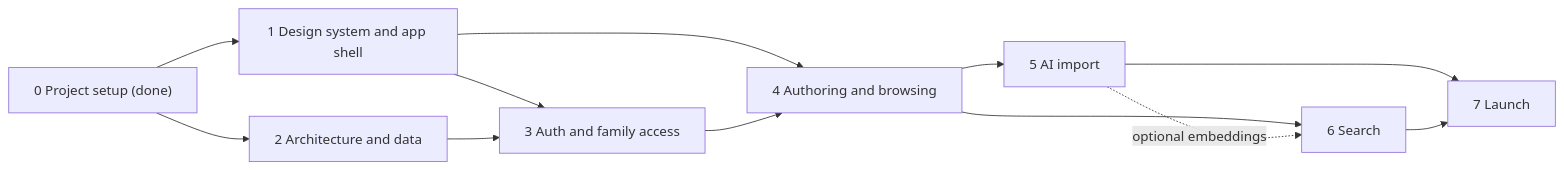
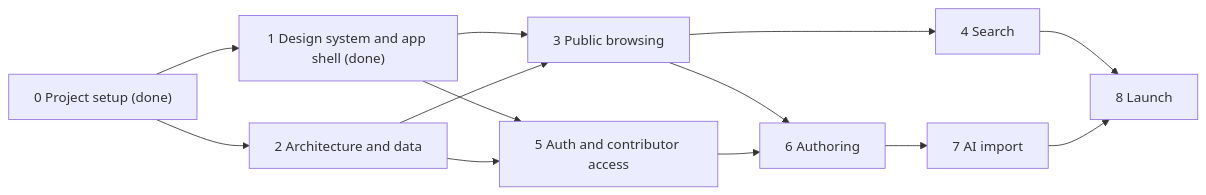
One commit to jaARke/recipe-hub changed the diagram in ROADMAP.md. Above: the diagram before and after it, drawn with Mermaid. The commit also changed other lines of this file and 1 other file, not shown here.

Commit message:
Rewrite the design language and revise the access model and session plan

````diff
--- a/ROADMAP.md
+++ b/ROADMAP.md
@@ -252,14 +350,15 @@
 ```mermaid
 flowchart LR
-	S0["0 Project setup (done)"] --> S1["1 Design system and app shell"]
+	S0["0 Project setup (done)"] --> S1["1 Design system and app shell (done)"]
 	S0 --> S2["2 Architecture and data"]
-	S1 --> S3["3 Auth and family access"]
+	S1 --> S3["3 Public browsing"]
 	S2 --> S3
-	S1 --> S4["4 Authoring and browsing"]
-	S3 --> S4
-	S4 --> S5["5 AI import"]
-	S4 --> S6["6 Search"]
-	S5 -. "optional embeddings" .-> S6
-	S5 --> S7["7 Launch"]
-	S6 --> S7
+	S3 --> S4["4 Search"]
+	S1 --> S5["5 Auth and contributor access"]
+	S2 --> S5
+	S3 --> S6["6 Authoring"]
+	S5 --> S6
+	S6 --> S7["7 AI import"]
+	S4 --> S8["8 Launch"]
+	S7 --> S8
 ```
````
